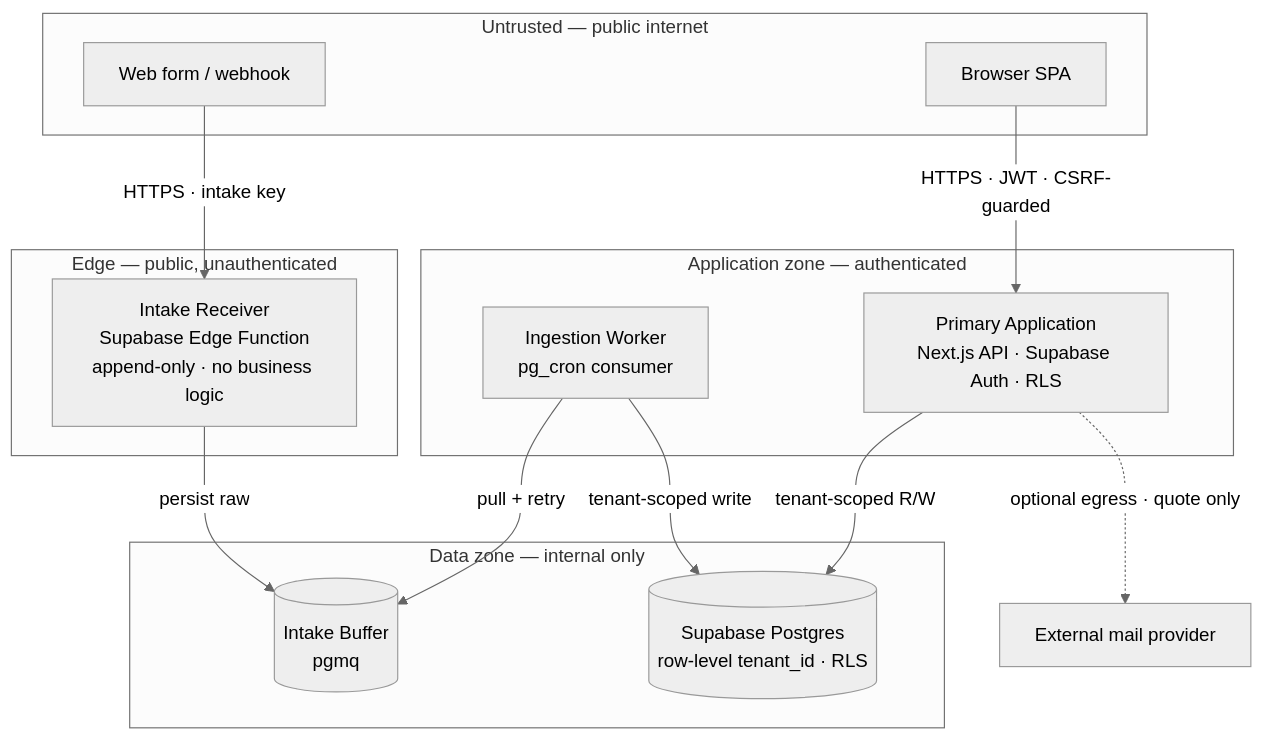
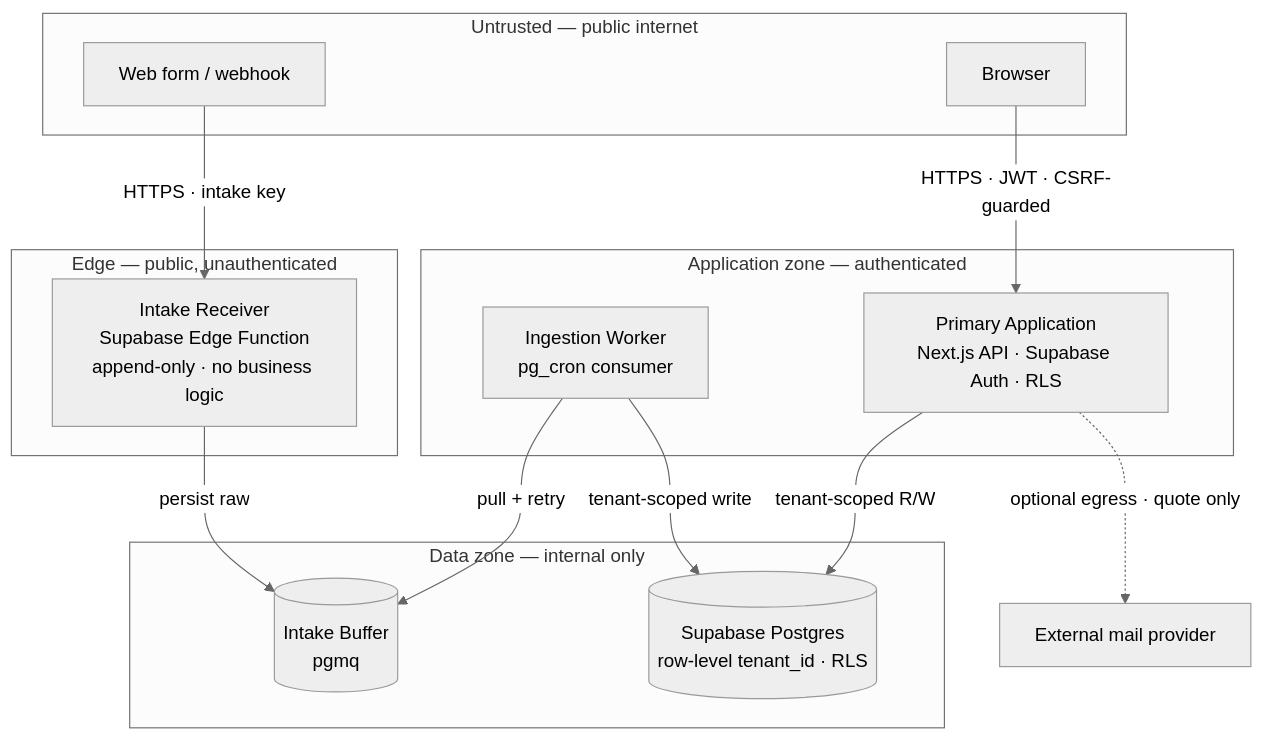
One commit to Cueserve/cs-cueviksync changed the third of 3 diagrams in docs/ARCHITECTURE.md. Above: the diagram before and after it, drawn with Mermaid (neutral theme). The commit also changed other lines of this file and 85 other files, not shown here.

````diff
--- a/docs/ARCHITECTURE.md
+++ b/docs/ARCHITECTURE.md
@@ -320,31 +322,31 @@
 ```mermaid
 flowchart TB
     subgraph untrusted["Untrusted — public internet"]
         form["Web form / webhook"]
-        browser["Browser SPA"]
+        browser["Browser"]
     end
 
     subgraph edge["Edge — public, unauthenticated"]
         receiver["Intake Receiver<br/>Supabase Edge Function<br/>append-only · no business logic"]
     end
 
     subgraph appzone["Application zone — authenticated"]
         api["Primary Application<br/>Next.js API · Supabase Auth · RLS"]
         worker["Ingestion Worker<br/>pg_cron consumer"]
     end
 
     subgraph datazone["Data zone — internal only"]
         buffer[("Intake Buffer<br/>pgmq")]
         store[("Supabase Postgres<br/>row-level tenant_id · RLS")]
     end
 
     ext["External mail provider"]
 
     form -->|"HTTPS · intake key"| receiver
     browser -->|"HTTPS · JWT · CSRF-guarded"| api
     receiver -->|"persist raw"| buffer
     worker -->|"pull + retry"| buffer
     worker -->|"tenant-scoped write"| store
     api -->|"tenant-scoped R/W"| store
     api -.->|"optional egress · quote only"| ext
 ```
````
